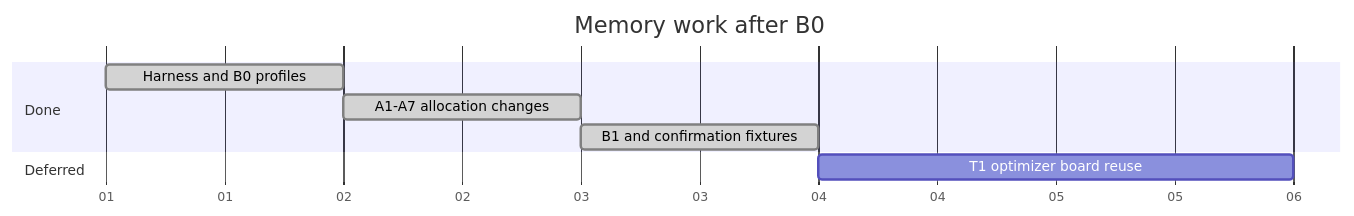
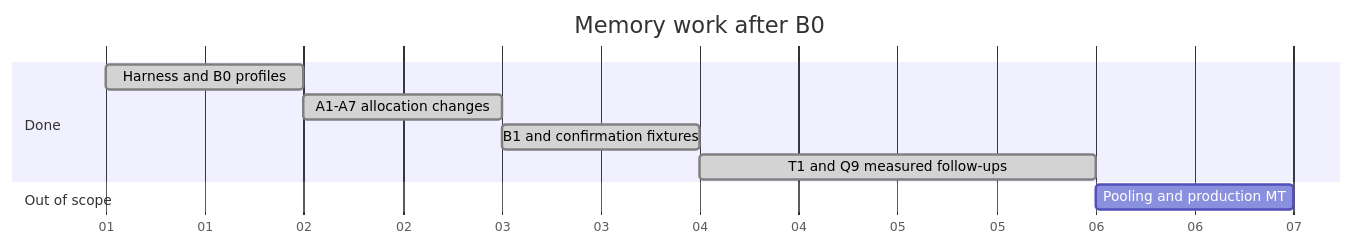
The fourth of 4 diagrams in docs/research/memory_allocation_optimization_plan.md (freerouting/freerouting), drawn with Mermaid before and after one commit. The commit also changed other lines of this file and 3 other files, not shown here.

````diff
--- a/docs/research/memory_allocation_optimization_plan.md
+++ b/docs/research/memory_allocation_optimization_plan.md
@@ -1492,12 +1544,13 @@
 ```mermaid
 gantt
     title Memory work after B0
     dateFormat YYYY-MM-DD
     axisFormat %d
     section Done
     Harness and B0 profiles            :done, a1, 2026-01-01, 1d
     A1-A7 allocation changes           :done, a2, after a1, 1d
     B1 and confirmation fixtures       :done, a3, after a2, 1d
-    section Deferred
-    T1 optimizer board reuse           :a4, after a3, 2d
+    T1 and Q9 measured follow-ups      :done, a4, after a3, 2d
+    section Out of scope
+    Pooling and production MT          :a5, after a4, 1d
 ```
````
